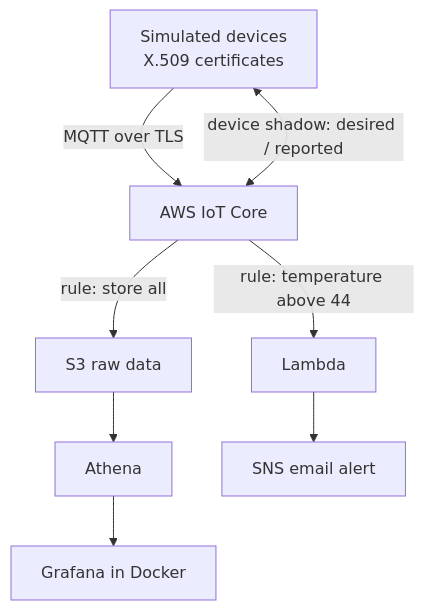
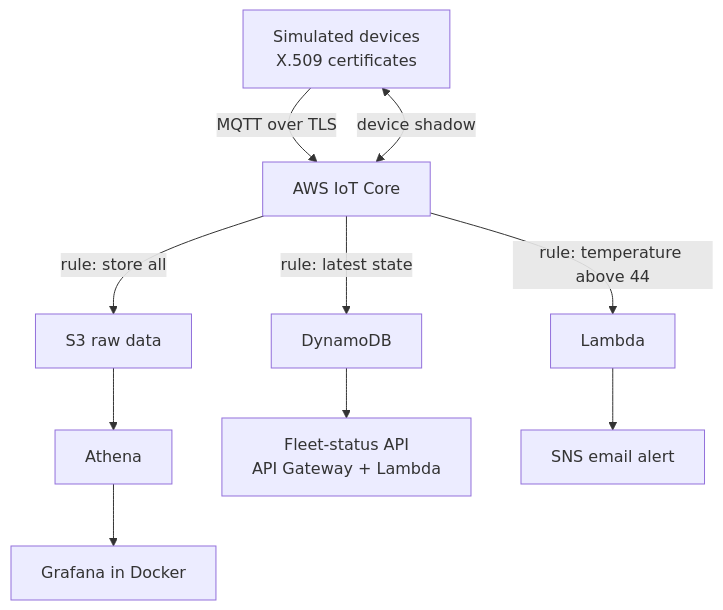
The diagram in README.md (aakruti06/FleetPulse), drawn with Mermaid before and after one commit. The commit also changed other lines of this file, not shown here.

````diff
--- a/README.md
+++ b/README.md
@@ -9,10 +9,12 @@
 ```mermaid
 flowchart TD
   D["Simulated devices<br/>X.509 certificates"] -->|"MQTT over TLS"| IOT["AWS IoT Core"]
   IOT -->|"rule: store all"| S3["S3 raw data"]
   S3 --> A["Athena"]
   A --> G["Grafana in Docker"]
+  IOT -->|"rule: latest state"| DDB["DynamoDB"]
+  DDB --> API["Fleet-status API<br/>API Gateway + Lambda"]
   IOT -->|"rule: temperature above 44"| L["Lambda"]
   L --> SNS["SNS email alert"]
-  IOT <-->|"device shadow: desired / reported"| D
+  IOT <-->|"device shadow"| D
 ```
````
